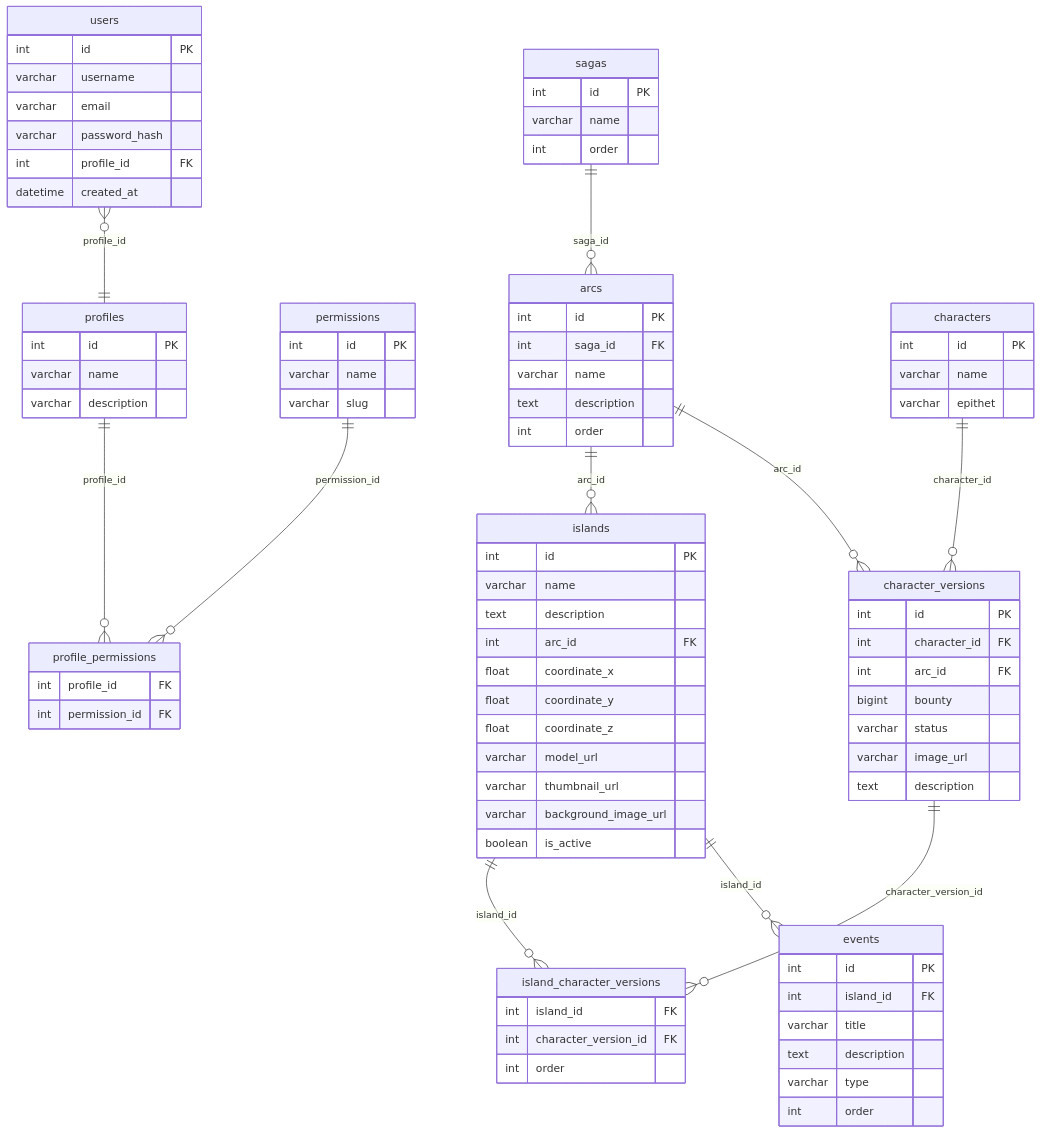
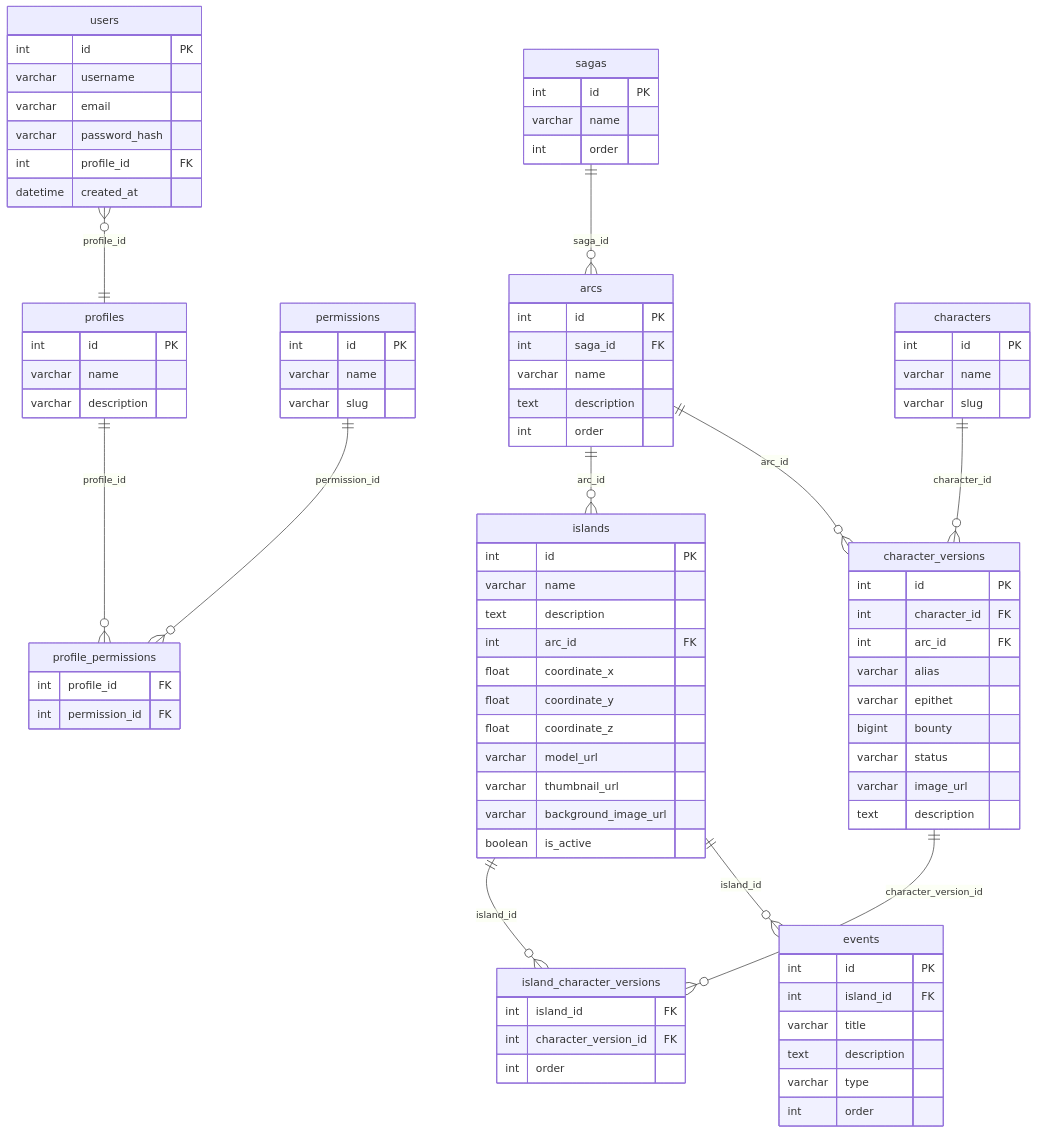
Before and after one commit to joaofroez/web-project: the diagram in project_overview.md, drawn with Mermaid. The commit also changed other lines of this file, not shown here.

```diff
--- a/project_overview.md
+++ b/project_overview.md
@@ -156,12 +168,14 @@
     characters {
         int id PK
         varchar name
-        varchar epithet
+        varchar slug
     }
     character_versions {
         int id PK
         int character_id FK
         int arc_id FK
+        varchar alias
+        varchar epithet
         bigint bounty
         varchar status
         varchar image_url
```
